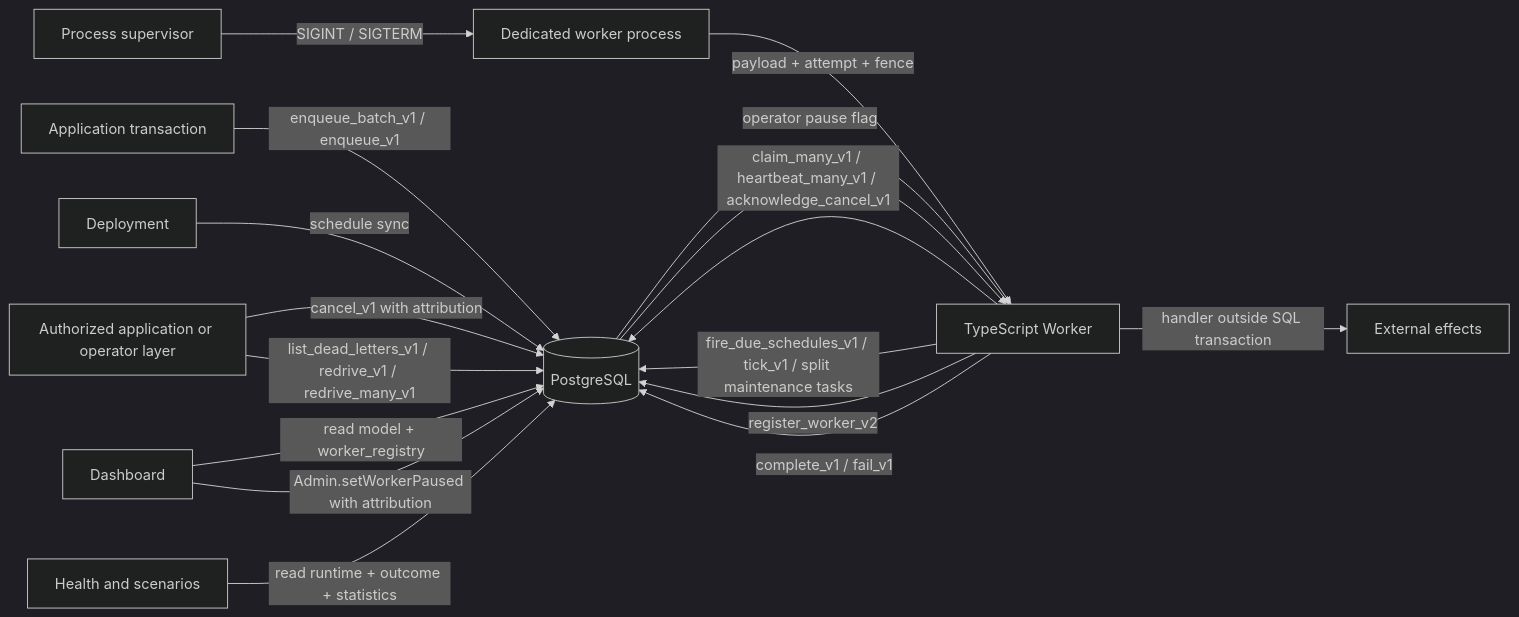
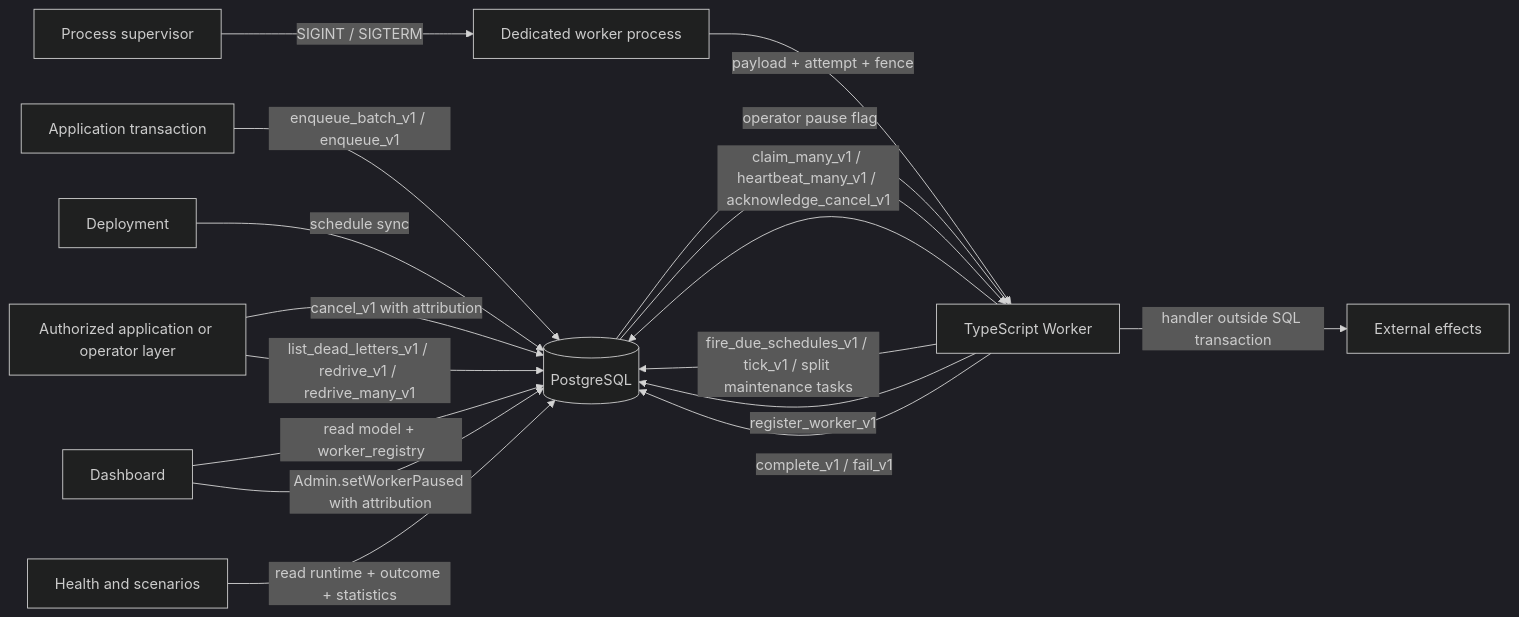
Before and after one commit to stablemates/workhorse: the first of 3 diagrams in docs/architecture.md, drawn with Mermaid (dark theme). The commit also changed other lines of this file and 25 other files, not shown here.

````diff
--- a/docs/architecture.md
+++ b/docs/architecture.md
@@ -793,19 +793,19 @@
 ```mermaid
 flowchart LR
   App[Application transaction] -->|enqueue_batch_v1 / enqueue_v1| PG[(PostgreSQL)]
   Deploy[Deployment] -->|schedule sync| PG
   Supervisor[Process supervisor] -->|SIGINT / SIGTERM| WorkerProcess[Dedicated worker process]
   WorkerProcess --> Worker[TypeScript Worker]
   Worker[TypeScript Worker] -->|claim_many_v1 / heartbeat_many_v1 / acknowledge_cancel_v1| PG
   Operator[Authorized application or operator layer] -->|cancel_v1 with attribution| PG
   Operator -->|list_dead_letters_v1 / redrive_v1 / redrive_many_v1| PG
   Worker -->|fire_due_schedules_v1 / tick_v1 / split maintenance tasks| PG
-  Worker -->|register_worker_v2| PG
+  Worker -->|register_worker_v1| PG
   PG -->|payload + attempt + fence| Worker
   PG -->|operator pause flag| Worker
   Worker -->|handler outside SQL transaction| Effects[External effects]
   Worker -->|complete_v1 / fail_v1| PG
   Dashboard -->|read model + worker_registry| PG
   Dashboard -->|Admin.setWorkerPaused with attribution| PG
   Health[Health and scenarios] -->|read runtime + outcome + statistics| PG
 ```
````
